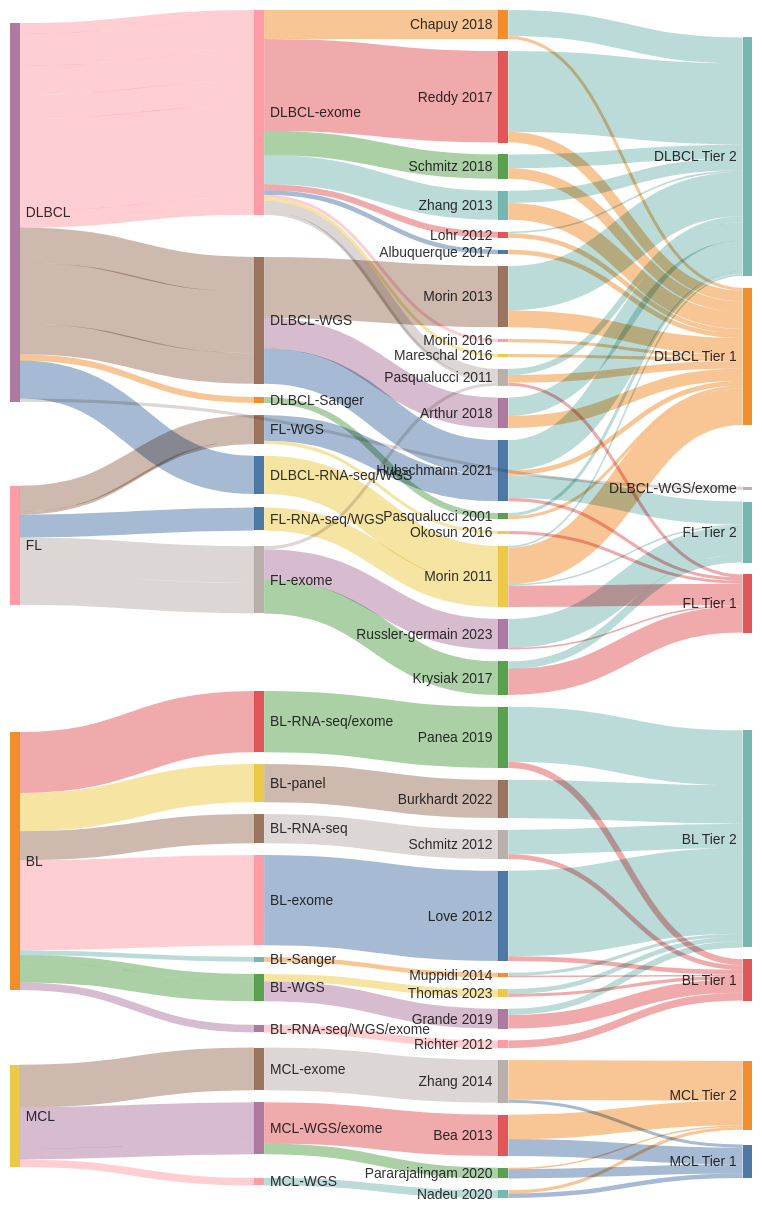
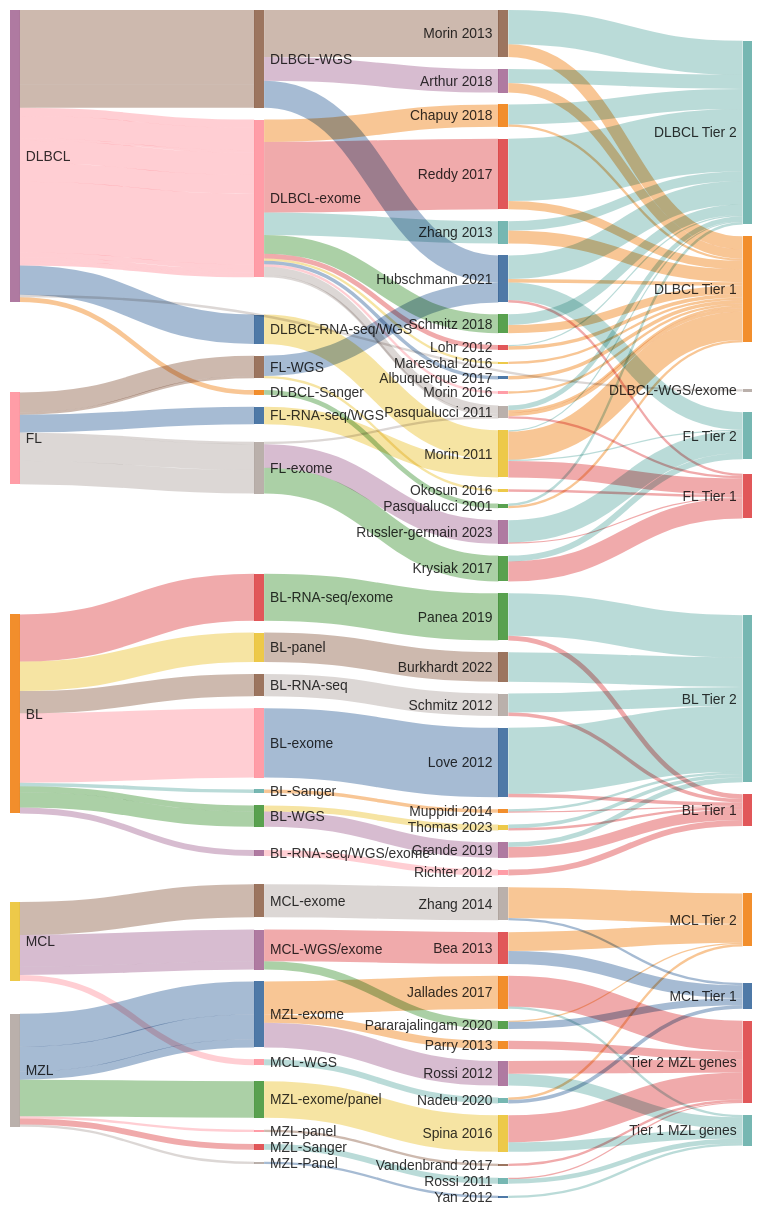
One commit to morinlab/lymphopedia changed the diagram in Home.md. Above: the diagram before and after it, drawn with Mermaid.

````diff
--- a/Home.md
+++ b/Home.md
@@ -151,4 +151,30 @@
 MCL-WGS, Nadeu 2020, 5
 MCL, MCL-exome, 28
 MCL-exome, Zhang 2014, 28
+MZL, MZL-exome, 28
+MZL-exome, Jallades 2017, 28
+MZL, MZL-Sanger, 5
+MZL-Sanger, Rossi 2011, 5
+MZL, MZL-exome/panel, 31
+MZL-exome/panel, Spina 2016, 31
+MZL, MZL-exome, 21
+MZL-exome, Rossi 2012, 21
+MZL, MZL-panel, 2
+MZL-panel, Vandenbrand 2017, 2
+MZL, MZL-Panel, 2
+MZL-Panel, Yan 2012, 2
+MZL, MZL-exome, 7
+MZL-exome, Parry 2013, 7
+Vandenbrand 2017, Tier 2 MZL genes, 2
+Rossi 2012, Tier 1 MZL genes, 10
+Rossi 2012, Tier 2 MZL genes, 11
+Yan 2012, Tier 1 MZL genes, 2
+Parry 2013, Tier 2 MZL genes, 7
+Spina 2016, Tier 1 MZL genes, 8
+Spina 2016, Tier 2 MZL genes, 23
+Jallades 2017, Tier 1 MZL genes, 2
+Jallades 2017, Tier 2 MZL genes, 26
+Rossi 2011, Tier 1 MZL genes, 4
+Rossi 2011, Tier 2 MZL genes, 1
+
 ```
````
